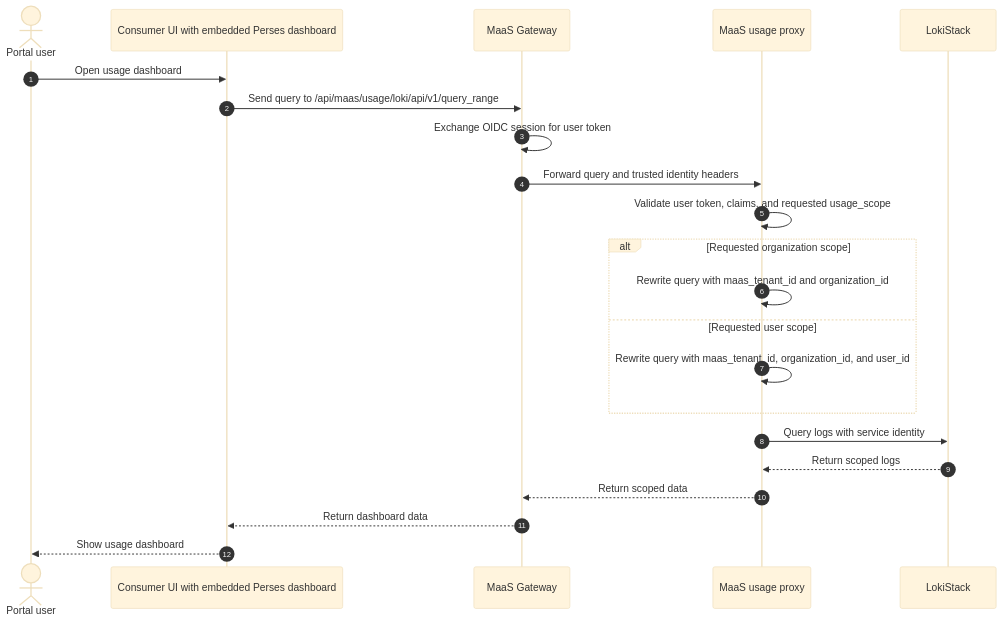
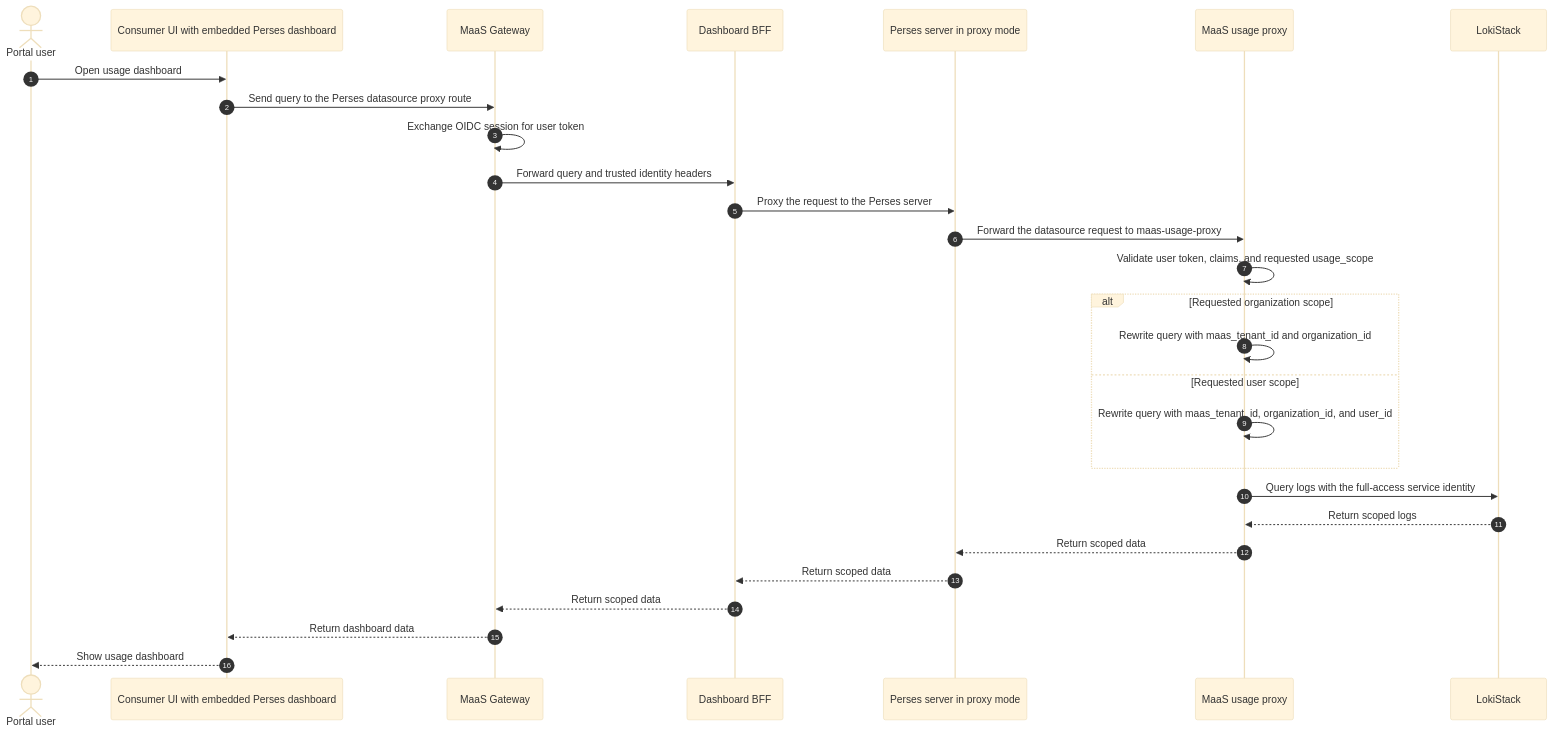
The second of 3 diagrams in architecture-decision-records/model-serving/ODH-ADR-MS-0009-maas-usage-dashboard-oidc-authorization-and-data-scoping.md (opendatahub-io/architecture-decision-records), drawn with Mermaid (base theme) before and after one commit. The commit also changed other lines of this file, not shown here.

````diff
--- a/architecture-decision-records/model-serving/ODH-ADR-MS-0009-maas-usage-dashboard-oidc-authorization-and-data-scoping.md
+++ b/architecture-decision-records/model-serving/ODH-ADR-MS-0009-maas-usage-dashboard-oidc-authorization-and-data-scoping.md
@@ -125,27 +82,33 @@
 ```mermaid
 sequenceDiagram
   autonumber
   actor User as Portal user
   participant UI as Consumer UI with embedded Perses dashboard
   participant Gateway as MaaS Gateway
+  participant BFF as Dashboard BFF
+  participant Perses as Perses server in proxy mode
   participant Usage as MaaS usage proxy
   participant Loki as LokiStack
 
   User->>UI: Open usage dashboard
-  UI->>Gateway: Send query to /api/maas/usage/loki/api/v1/query_range
+  UI->>Gateway: Send query to the Perses datasource proxy route
   Gateway->>Gateway: Exchange OIDC session for user token
-  Gateway->>Usage: Forward query and trusted identity headers
+  Gateway->>BFF: Forward query and trusted identity headers
+  BFF->>Perses: Proxy the request to the Perses server
+  Perses->>Usage: Forward the datasource request to maas-usage-proxy
   Usage->>Usage: Validate user token, claims, and requested usage_scope
 
   alt Requested organization scope
     Usage->>Usage: Rewrite query with maas_tenant_id and organization_id
   else Requested user scope
     Usage->>Usage: Rewrite query with maas_tenant_id, organization_id, and user_id
   end
 
-  Usage->>Loki: Query logs with service identity
+  Usage->>Loki: Query logs with the full-access service identity
   Loki-->>Usage: Return scoped logs
-  Usage-->>Gateway: Return scoped data
+  Usage-->>Perses: Return scoped data
+  Perses-->>BFF: Return scoped data
+  BFF-->>Gateway: Return scoped data
   Gateway-->>UI: Return dashboard data
   UI-->>User: Show usage dashboard
 ```
````
